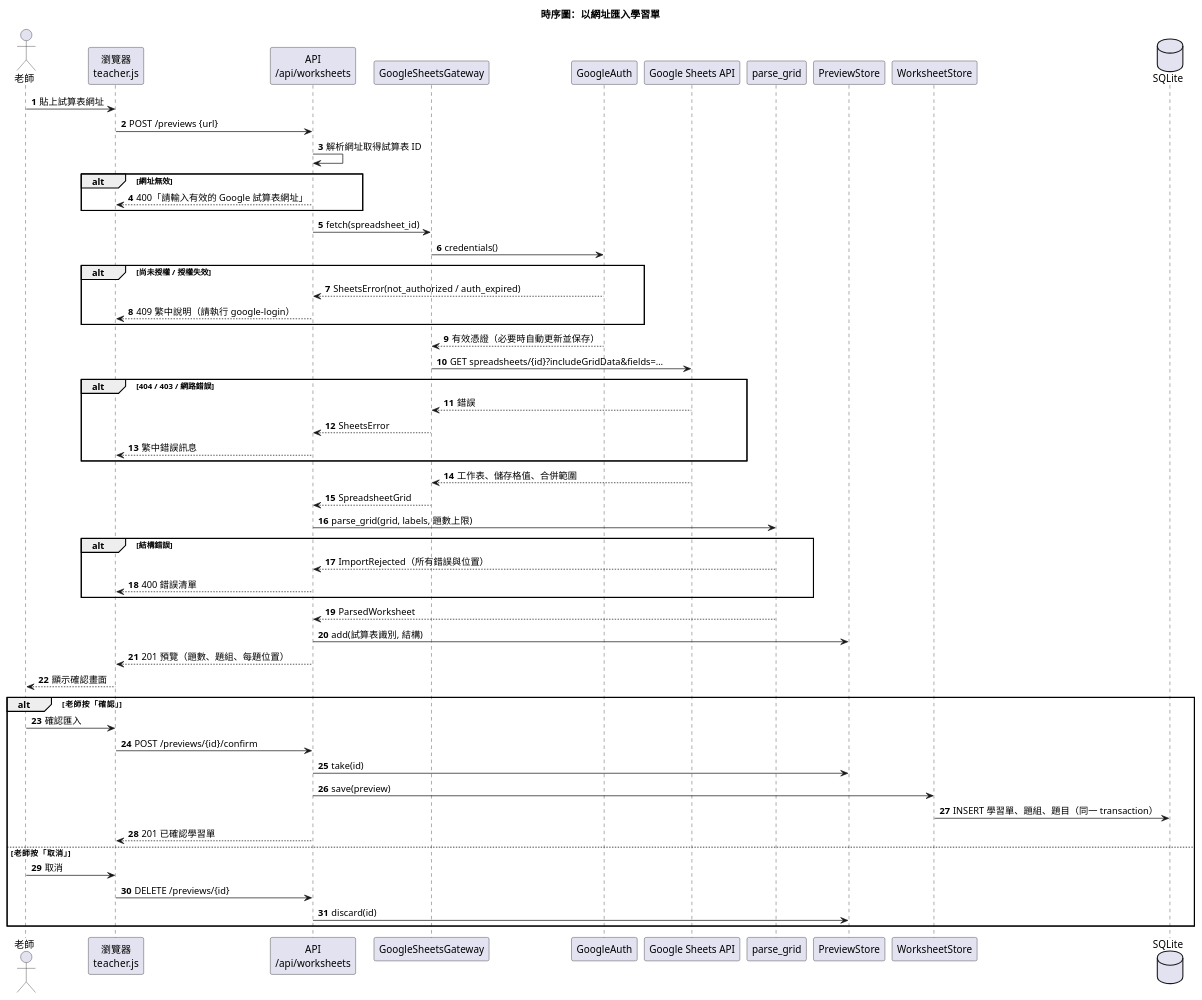
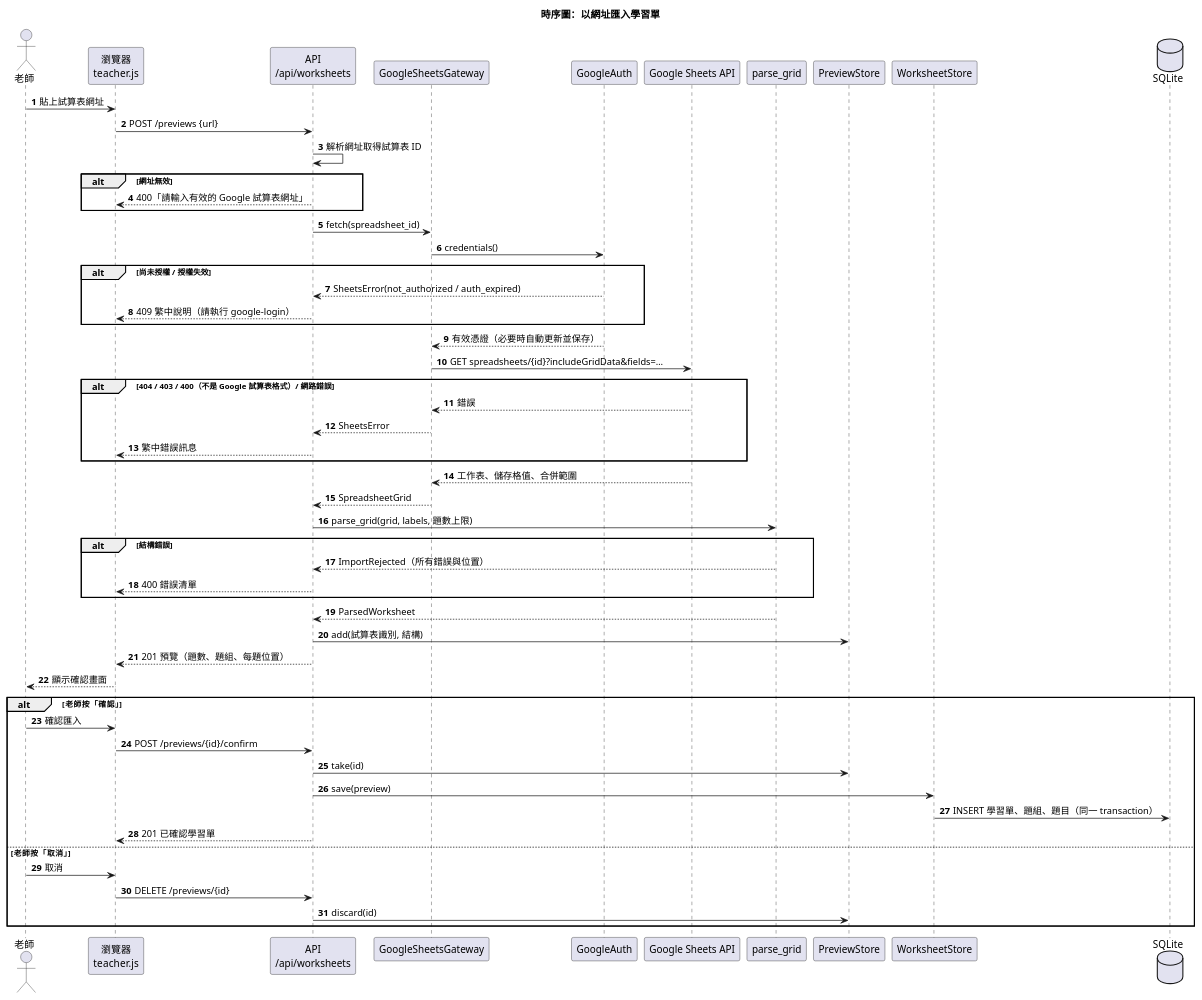
One commit to RemuDaiSuKi/SE_project changed the diagram in diagrams/sequence-import.puml. Above: the diagram before and after it, drawn with PlantUML. The commit also changed 44 other files, not shown here.

```diff
--- a/diagrams/sequence-import.puml
+++ b/diagrams/sequence-import.puml
@@ -1,60 +1,60 @@
 @startuml sequence-import
 title 時序圖：以網址匯入學習單
 skinparam defaultFontName "Microsoft JhengHei"
 autonumber
 
 actor "老師" as Teacher
 participant "瀏覽器\nteacher.js" as Browser
 participant "API\n/api/worksheets" as Api
 participant "GoogleSheetsGateway" as Gateway
 participant "GoogleAuth" as Auth
 participant "Google Sheets API" as Google
 participant "parse_grid" as Parser
 participant "PreviewStore" as Previews
 participant "WorksheetStore" as Store
 database "SQLite" as DB
 
 Teacher -> Browser : 貼上試算表網址
 Browser -> Api : POST /previews {url}
 Api -> Api : 解析網址取得試算表 ID
 alt 網址無效
   Api --> Browser : 400「請輸入有效的 Google 試算表網址」
 end
 Api -> Gateway : fetch(spreadsheet_id)
 Gateway -> Auth : credentials()
 alt 尚未授權 / 授權失效
   Auth --> Api : SheetsError(not_authorized / auth_expired)
   Api --> Browser : 409 繁中說明（請執行 google-login）
 end
 Auth --> Gateway : 有效憑證（必要時自動更新並保存）
 Gateway -> Google : GET spreadsheets/{id}?includeGridData&fields=…
-alt 404 / 403 / 網路錯誤
+alt 404 / 403 / 400（不是 Google 試算表格式）/ 網路錯誤
   Google --> Gateway : 錯誤
   Gateway --> Api : SheetsError
   Api --> Browser : 繁中錯誤訊息
 end
 Google --> Gateway : 工作表、儲存格值、合併範圍
 Gateway --> Api : SpreadsheetGrid
 Api -> Parser : parse_grid(grid, labels, 題數上限)
 alt 結構錯誤
   Parser --> Api : ImportRejected（所有錯誤與位置）
   Api --> Browser : 400 錯誤清單
 end
 Parser --> Api : ParsedWorksheet
 Api -> Previews : add(試算表識別, 結構)
 Api --> Browser : 201 預覽（題數、題組、每題位置）
 Browser --> Teacher : 顯示確認畫面
 
 alt 老師按「確認」
   Teacher -> Browser : 確認匯入
   Browser -> Api : POST /previews/{id}/confirm
   Api -> Previews : take(id)
   Api -> Store : save(preview)
   Store -> DB : INSERT 學習單、題組、題目（同一 transaction）
   Api --> Browser : 201 已確認學習單
 else 老師按「取消」
   Teacher -> Browser : 取消
   Browser -> Api : DELETE /previews/{id}
   Api -> Previews : discard(id)
 end
 @enduml
```
